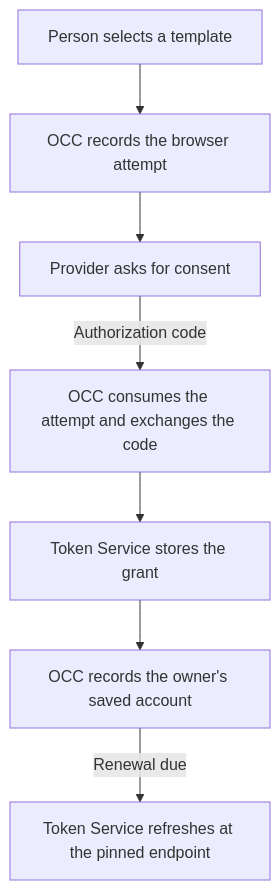
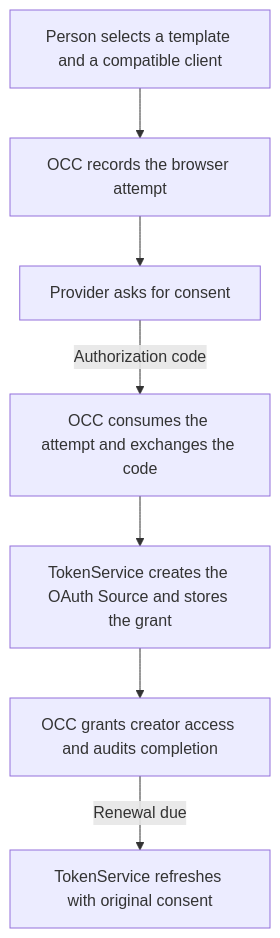
The second of 2 diagrams in docs/flows/connection-templates.md (openclaw/openclaw-enterprise), drawn with Mermaid before and after one commit. The commit also changed other lines of this file and 684 other files, not shown here.

First line of the commit message:
Credential cutover: TokenService and native Credential Proxy (#7224)

````diff
--- a/docs/flows/connection-templates.md
+++ b/docs/flows/connection-templates.md
@@ -36,9 +36,9 @@
 ```mermaid
 graph TD
-  Start["Person selects a template"] --> Attempt["OCC records the browser attempt"]
+  Start["Person selects a template and a compatible client"] --> Attempt["OCC records the browser attempt"]
   Attempt --> Provider["Provider asks for consent"]
   Provider -->|Authorization code| Callback["OCC consumes the attempt and exchanges the code"]
-  Callback --> Custody["Token Service stores the grant"]
-  Custody --> Account["OCC records the owner's saved account"]
-  Account -->|Renewal due| Renew["Token Service refreshes at the pinned endpoint"]
+  Callback --> Custody["TokenService creates the OAuth Source and stores the grant"]
+  Custody --> IAM["OCC grants creator access and audits completion"]
+  IAM -->|Renewal due| Renew["TokenService refreshes with original consent"]
 ```
````
